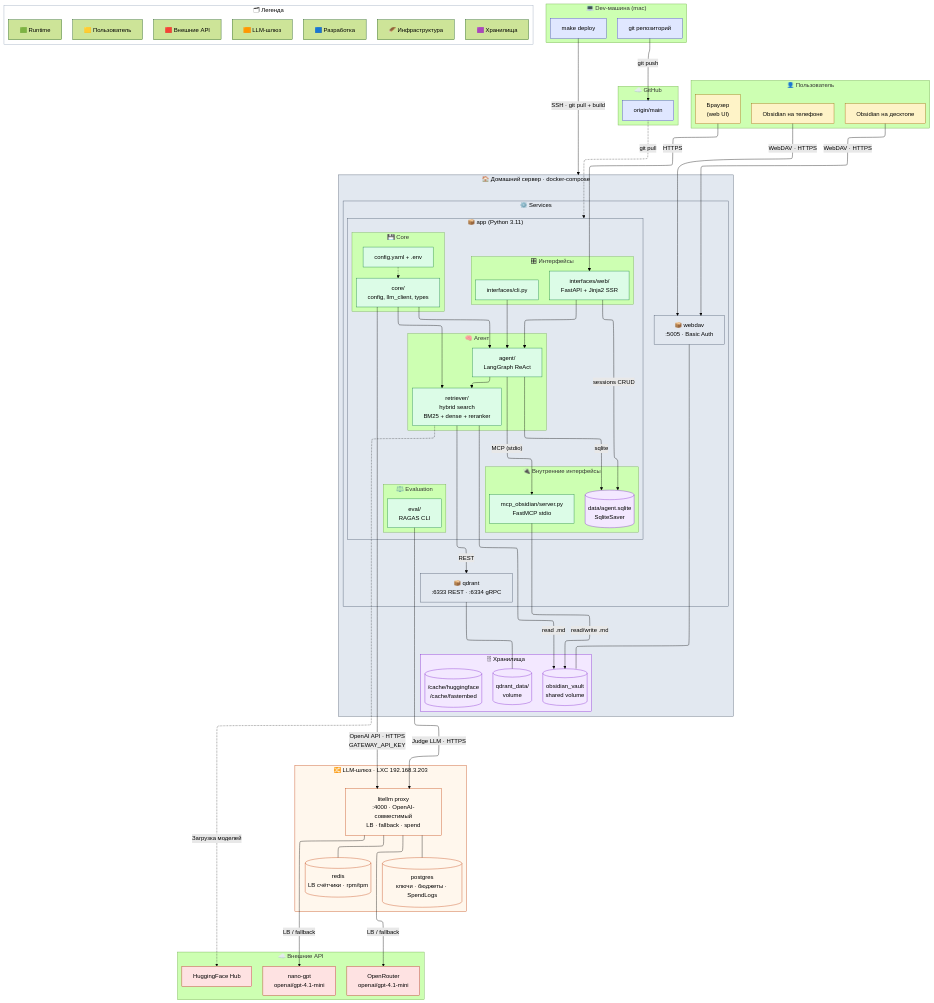
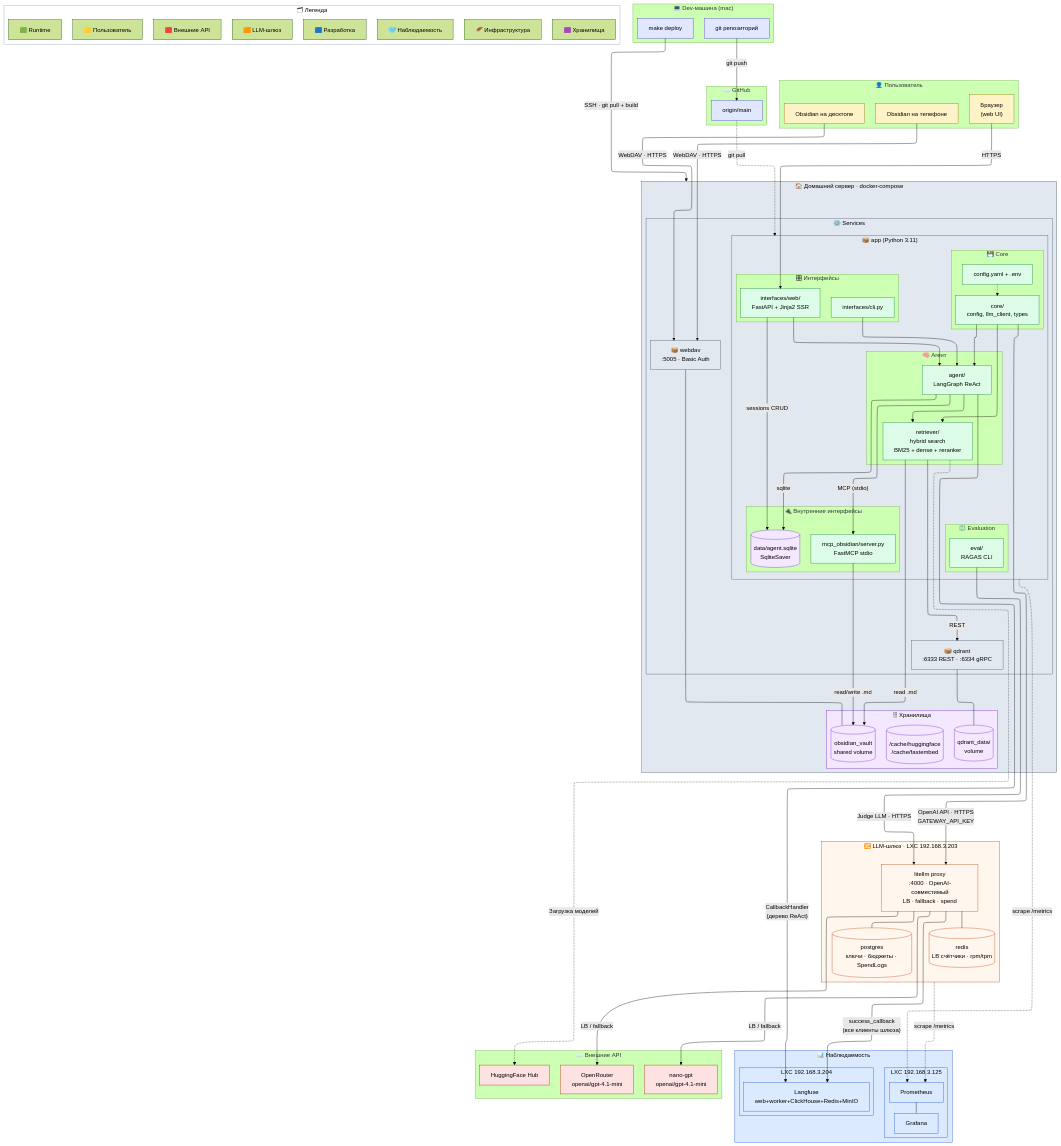
The diagram in docs/knowledge base/adr/architecture-overview.md (tumasv1/RAGv2-Agentic-RAG), drawn with Mermaid (forest theme) before and after one commit. The commit also changed other lines of this file and 5 other files, not shown here.

````diff
--- a/docs/knowledge base/adr/architecture-overview.md
+++ b/docs/knowledge base/adr/architecture-overview.md
@@ -77,6 +77,18 @@
         LiteLLM --- GatewayRedis
     end
 
+    %% — Наблюдаемость: метрики + трейсинг (отдельные LXC) —
+    subgraph Observability["📊 Наблюдаемость"]
+        subgraph MonitoringLXC["LXC 192.168.3.125"]
+            Prometheus["Prometheus"]
+            Grafana["Grafana"]
+            Prometheus --- Grafana
+        end
+        subgraph LangfuseLXC["LXC 192.168.3.204"]
+            Langfuse["Langfuse<br/>web+worker+ClickHouse+Redis+MinIO"]
+        end
+    end
+
     %% — Внешние API —
     subgraph Ext["☁️ Внешние API"]
         OpenRouter["OpenRouter<br/>openai/gpt-4.1-mini"]
@@ -114,6 +126,12 @@
     LiteLLM -->|"LB / fallback"| OpenRouter
     LiteLLM -->|"LB / fallback"| NanoGPT
 
+    %% — Наблюдаемость: метрики (pull, периодически) + трейсинг (push, на каждый вызов) —
+    App -.->|"scrape /metrics"| Prometheus
+    GatewayLXC -.->|"scrape /metrics"| Prometheus
+    Agent -->|"CallbackHandler<br/>(дерево ReAct)"| Langfuse
+    LiteLLM -->|"success_callback<br/>(все клиенты шлюза)"| Langfuse
+
     %% — Связи app ↔ внутренние сервисы —
     Retriever -->|REST| Qdrant
     Qdrant --- QdrantVol
@@ -127,6 +145,7 @@
     classDef storage fill:#f3e8ff,stroke:#7e22ce,color:#000
     classDef external fill:#fee2e2,stroke:#b91c1c,color:#000
     classDef gateway fill:#fff7ed,stroke:#c2410c,color:#000
+    classDef monitoring fill:#dbeafe,stroke:#1d4ed8,color:#000
     classDef legend fill:#ffffff,stroke:#94a3b8,color:#000
 
     class Browser,ObsidianMobile,ObsidianDesktop user
@@ -136,6 +155,7 @@
     class SQLite,QdrantVol,VaultVol,HFCache,Storage storage
     class OpenRouter,NanoGPT,HF external
     class LiteLLM,GatewayPG,GatewayRedis,GatewayLXC gateway
+    class Prometheus,Grafana,Langfuse,MonitoringLXC,LangfuseLXC,Observability monitoring
 
     %% — Легенда —
     subgraph Legend["🗂 Легенда"]
@@ -146,6 +166,7 @@
         L5["🟪 Хранилища"]
         L6["🟥 Внешние API"]
         L7["🟧 LLM-шлюз"]
+        L8["🩵 Наблюдаемость"]
     end
     class Legend legend
 ```
````
